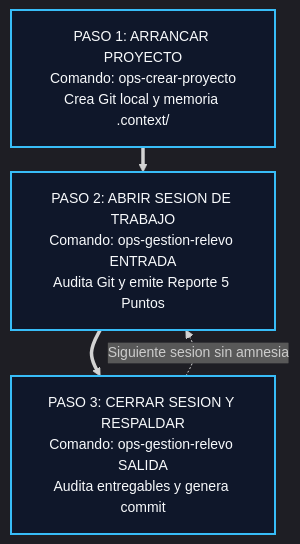
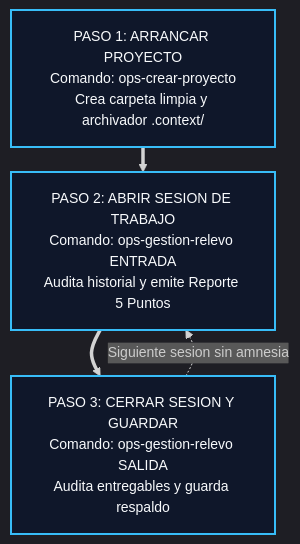
The first of 4 diagrams in README.md (eddvasquez/agent-ops-core), drawn with Mermaid before and after one commit. The commit also changed other lines of this file, not shown here.

````diff
--- a/README.md
+++ b/README.md
@@ -124,13 +74,13 @@
 ```mermaid
 %%{init: {'theme': 'dark', 'themeVariables': { 'fontSize': '14px' }, 'flowchart': { 'minNodeWidth': 280, 'nodeSpacing': 25, 'rankSpacing': 25, 'padding': 16 }}}%%
 flowchart TD
-    Paso1["PASO 1: ARRANCAR PROYECTO<br>Comando: ops-crear-proyecto<br>Crea Git local y memoria .context/"]
-    Paso2["PASO 2: ABRIR SESION DE TRABAJO<br>Comando: ops-gestion-relevo ENTRADA<br>Audita Git y emite Reporte 5 Puntos"]
-    Paso3["PASO 3: CERRAR SESION Y RESPALDAR<br>Comando: ops-gestion-relevo SALIDA<br>Audita entregables y genera commit"]
+    Paso1["PASO 1: ARRANCAR PROYECTO<br>Comando: ops-crear-proyecto<br>Crea carpeta limpia y archivador .context/"]
+    Paso2["PASO 2: ABRIR SESION DE TRABAJO<br>Comando: ops-gestion-relevo ENTRADA<br>Audita historial y emite Reporte 5 Puntos"]
+    Paso3["PASO 3: CERRAR SESION Y GUARDAR<br>Comando: ops-gestion-relevo SALIDA<br>Audita entregables y guarda respaldo"]
 
     Paso1 ==> Paso2 ==> Paso3
     Paso3 -.->|"Siguiente sesion sin amnesia"| Paso2
 
     classDef step fill:#0f172a,stroke:#38bdf8,stroke-width:2px,color:#f8fafc;
     class Paso1,Paso2,Paso3 step;
 ```
````
